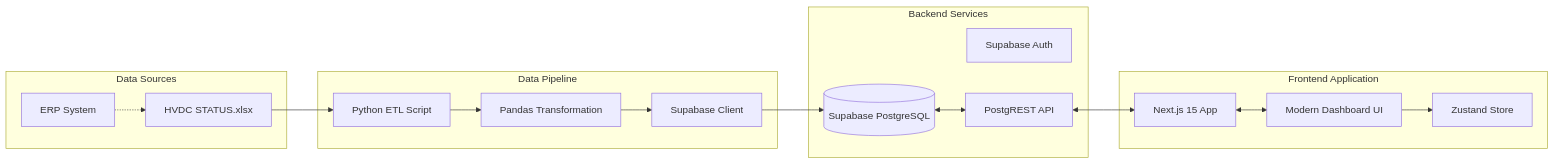
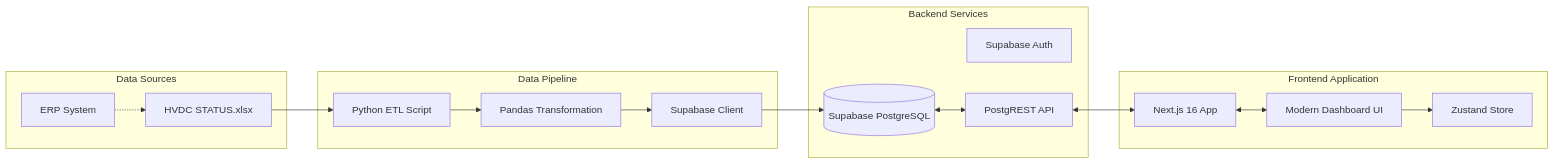
One commit to macho715/HVDC_DASH changed the first of 4 diagrams in docs/SYSTEM_ARCHITECTURE.md. Above: the diagram before and after it, drawn with Mermaid. The commit also changed other lines of this file and 4 other files, not shown here.

````diff
--- a/docs/SYSTEM_ARCHITECTURE.md
+++ b/docs/SYSTEM_ARCHITECTURE.md
@@ -15,36 +15,36 @@
 ```mermaid
 graph LR
     subgraph Data Sources
         Excel[HVDC STATUS.xlsx]
         ERP[ERP System]
     end
 
     subgraph Data Pipeline
         PythonScript[Python ETL Script]
         Pandas[Pandas Transformation]
         SupabaseClient[Supabase Client]
     end
 
     subgraph Backend Services
         SupabaseDB[(Supabase PostgreSQL)]
         Auth[Supabase Auth]
         API[PostgREST API]
     end
 
     subgraph Frontend Application
-        NextJS[Next.js 15 App]
+        NextJS[Next.js 16 App]
         Zustand[Zustand Store]
         UI[Modern Dashboard UI]
     end
 
     Excel --> PythonScript
     ERP -.-> Excel
     PythonScript --> Pandas
     Pandas --> SupabaseClient
     SupabaseClient --> SupabaseDB
     
     SupabaseDB <--> API
     API <--> NextJS
     NextJS <--> UI
     UI --> Zustand
 ```
````
